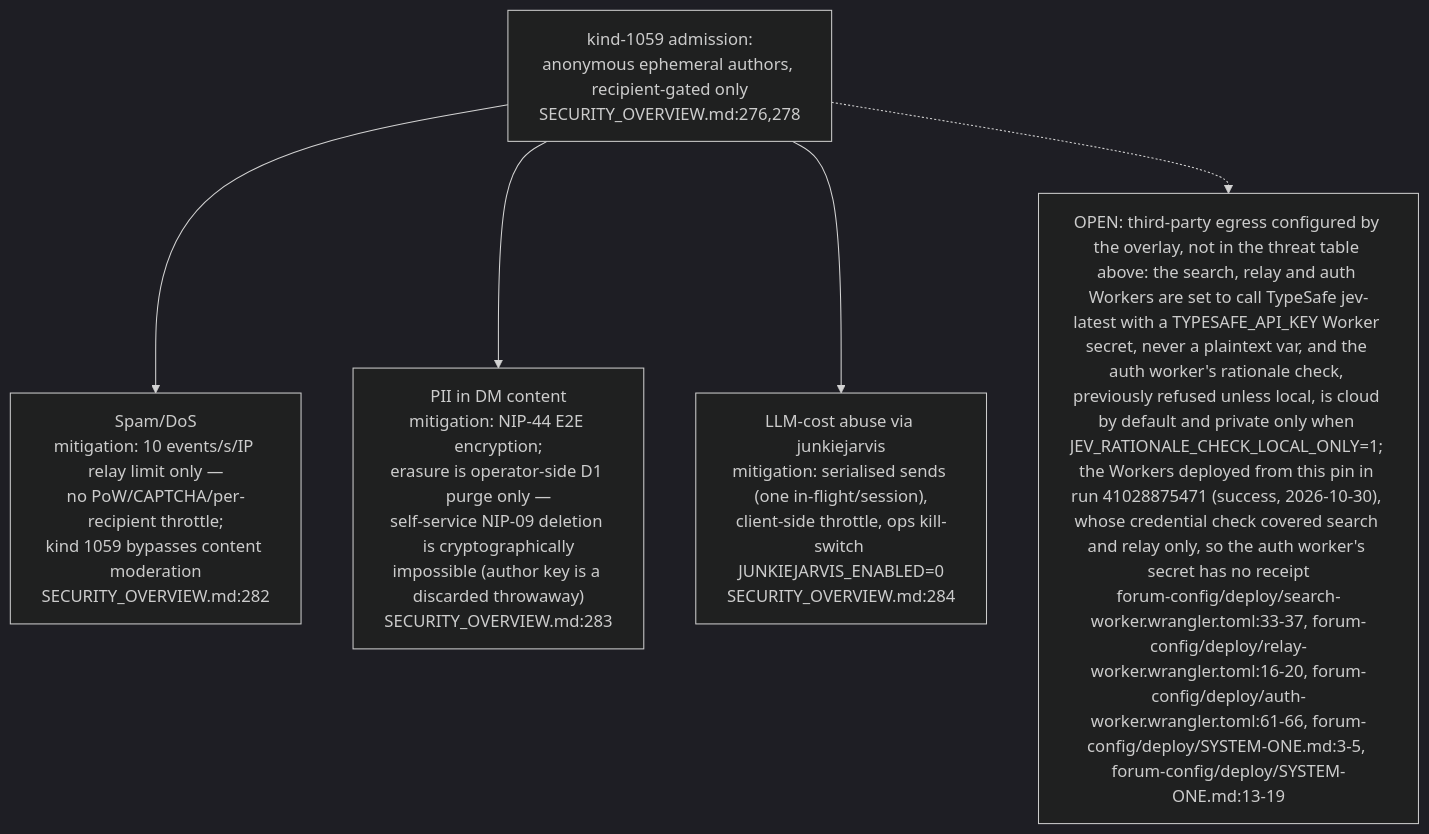
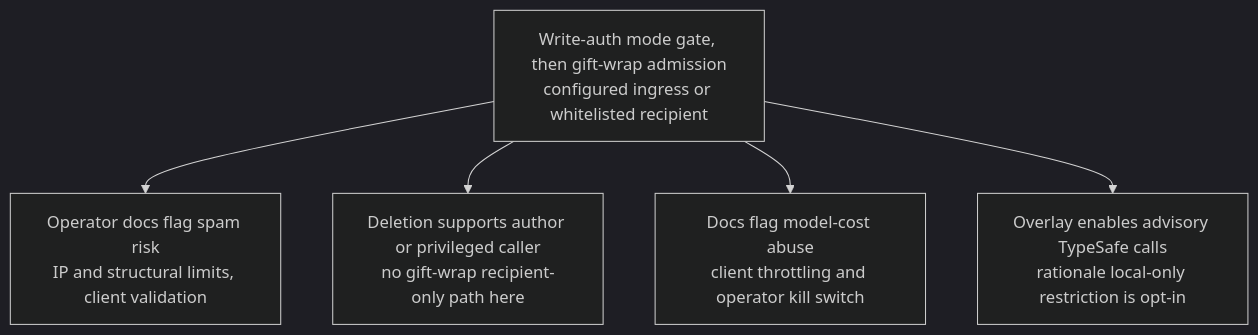
Before and after one commit to DreamLab-AI/VisionFlow: the fourth of 7 diagrams in docs/diagrams/dreamlab-ai-website/04-identity-zones-and-security-posture.md, drawn with Mermaid (dark theme). The commit also changed other lines of this file and 25 other files, not shown here.

````diff
--- a/docs/diagrams/dreamlab-ai-website/04-identity-zones-and-security-posture.md
+++ b/docs/diagrams/dreamlab-ai-website/04-identity-zones-and-security-posture.md
@@ -87,7 +88,15 @@
 ```mermaid
 flowchart TB
-    SURFACE["kind-1059 admission:<br/>anonymous ephemeral authors, recipient-gated only<br/>SECURITY_OVERVIEW.md:276,278"] --> T1["Spam/DoS<br/>mitigation: 10 events/s/IP relay limit only —<br/>no PoW/CAPTCHA/per-recipient throttle;<br/>kind 1059 bypasses content moderation<br/>SECURITY_OVERVIEW.md:282"]
-    SURFACE --> T2["PII in DM content<br/>mitigation: NIP-44 E2E encryption;<br/>erasure is operator-side D1 purge only —<br/>self-service NIP-09 deletion is cryptographically<br/>impossible (author key is a discarded throwaway)<br/>SECURITY_OVERVIEW.md:283"]
-    SURFACE --> T3["LLM-cost abuse via junkiejarvis<br/>mitigation: serialised sends (one in-flight/session),<br/>client-side throttle, ops kill-switch JUNKIEJARVIS_ENABLED=0<br/>SECURITY_OVERVIEW.md:284"]
-    SURFACE -.-> T4["OPEN: third-party egress configured by the overlay, not in the threat table above: the search, relay and auth Workers are set to call TypeSafe jev-latest with a TYPESAFE_API_KEY Worker secret, never a plaintext var, and the auth worker's rationale check, previously refused unless local, is cloud by default and private only when JEV_RATIONALE_CHECK_LOCAL_ONLY=1; the Workers deployed from this pin in run 41028875471 (success, 2026-10-30), whose credential check covered search and relay only, so the auth worker's secret has no receipt<br/>forum-config/deploy/search-worker.wrangler.toml:33-37, forum-config/deploy/relay-worker.wrangler.toml:16-20, forum-config/deploy/auth-worker.wrangler.toml:61-66, forum-config/deploy/SYSTEM-ONE.md:3-5, forum-config/deploy/SYSTEM-ONE.md:13-19"]
+    %% Source: ../nostr-rust-forum/crates/nostr-bbs-relay-worker/src/relay_do/nip_handlers.rs:1087
+    %% Source: ../nostr-rust-forum/crates/nostr-bbs-relay-worker/src/relay_do/nip_handlers.rs:1135
+    A["Write-auth mode gate, then gift-wrap admission<br/>configured ingress or whitelisted recipient"]
+    %% Source: ../dreamlab-ai-website/docs/security/SECURITY_OVERVIEW.md:282
+    A --> B["Operator docs flag spam risk<br/>IP and structural limits, client validation"]
+    %% Source: ../nostr-rust-forum/crates/nostr-bbs-relay-worker/src/relay_do/nip_handlers.rs:2468
+    A --> C["Deletion supports author or privileged caller<br/>no gift-wrap recipient-only path here"]
+    %% Source: ../dreamlab-ai-website/docs/security/SECURITY_OVERVIEW.md:284
+    A --> D["Docs flag model-cost abuse<br/>client throttling and operator kill switch"]
+    %% Source: ../dreamlab-ai-website/forum-config/deploy/SYSTEM-ONE.md:3
+    %% Source: ../dreamlab-ai-website/forum-config/deploy/SYSTEM-ONE.md:13
+    A --> E["Overlay enables advisory TypeSafe calls<br/>rationale local-only restriction is opt-in"]
 ```
````
